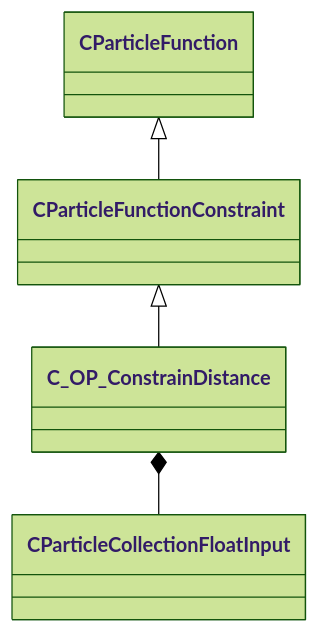
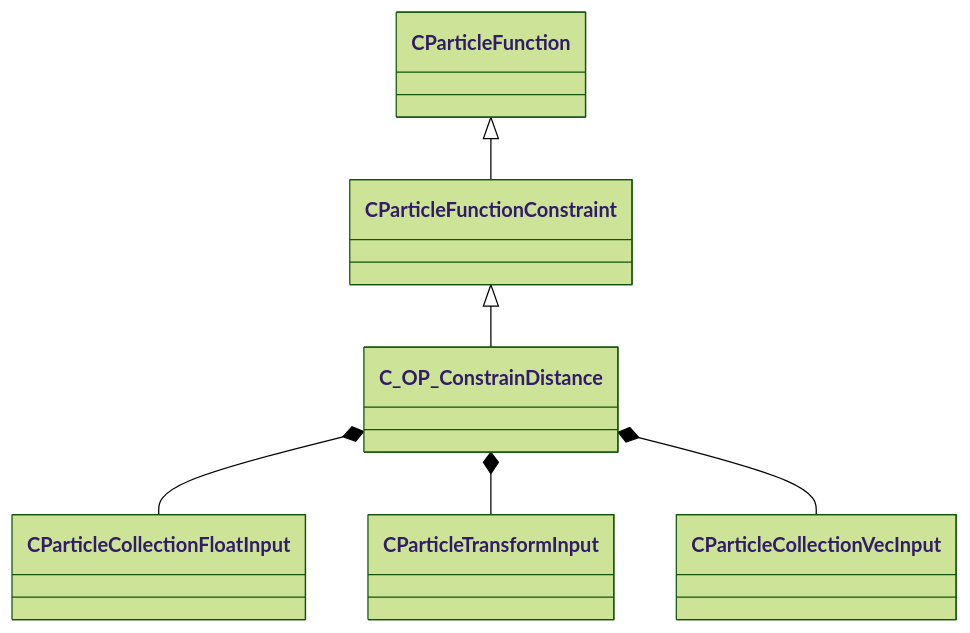
One commit to CS2OpenDev/CS2OpenDev-Docs changed the diagram in docs/generated/schemas/particles/C_OP_ConstrainDistance.md. Above: the diagram before and after it, drawn with Mermaid (forest theme). The commit also changed other lines of this file and 4654 other files, not shown here.

Commit message:
docs: regenerate for SchemaTracker build 25947352 [skip ci]

````diff
--- a/docs/generated/schemas/particles/C_OP_ConstrainDistance.md
+++ b/docs/generated/schemas/particles/C_OP_ConstrainDistance.md
@@ -19,6 +21,8 @@
 ```mermaid
 classDiagram
     CParticleFunctionConstraint <|-- C_OP_ConstrainDistance
     CParticleFunction <|-- CParticleFunctionConstraint
     C_OP_ConstrainDistance *-- CParticleCollectionFloatInput
+    C_OP_ConstrainDistance *-- CParticleTransformInput
+    C_OP_ConstrainDistance *-- CParticleCollectionVecInput
 ```
````
